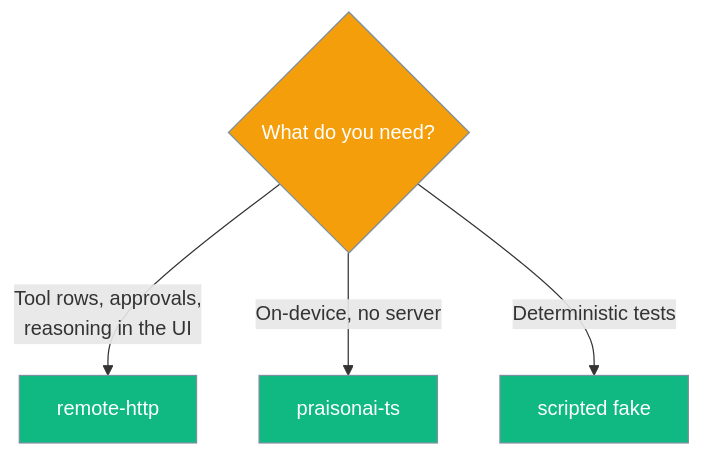
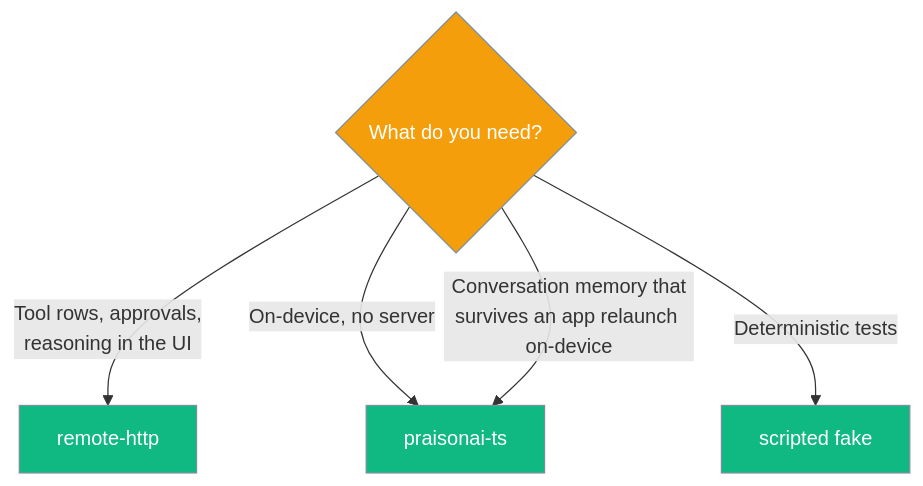
One commit to MervinPraison/PraisonAIDocs changed the sixth of 6 diagrams in docs/features/mobile/engines.mdx. Above: the diagram before and after it, drawn with Mermaid. The commit also changed other lines of this file and 4 other files, not shown here.

First line of the commit message:
docs(mobile): document conversation memory restore + truncation budget (fixes #3816)

````diff
--- a/docs/features/mobile/engines.mdx
+++ b/docs/features/mobile/engines.mdx
@@ -635,12 +640,13 @@
 ```mermaid
 graph TB
     Start{What do you need?} -->|Tool rows, approvals,<br/>reasoning in the UI| HTTP[remote-http]
     Start -->|On-device, no server| TS[praisonai-ts]
+    Start -->|Conversation memory that<br/>survives an app relaunch on-device| TS
     Start -->|Deterministic tests| Fake[scripted fake]
 
     classDef q fill:#F59E0B,stroke:#7C90A0,color:#fff
     classDef pick fill:#10B981,stroke:#7C90A0,color:#fff
 
     class Start q
     class HTTP,TS,Fake pick
 ```
````
